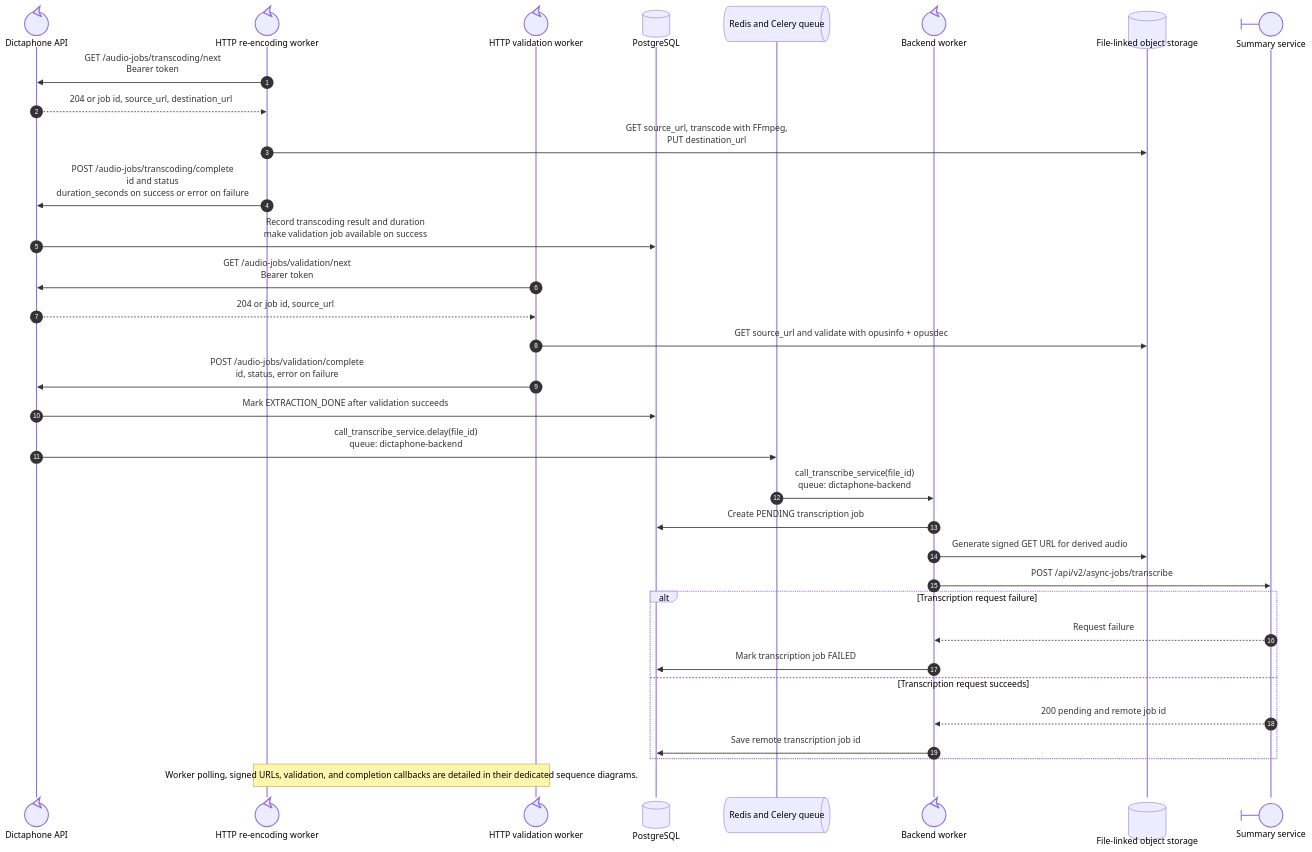
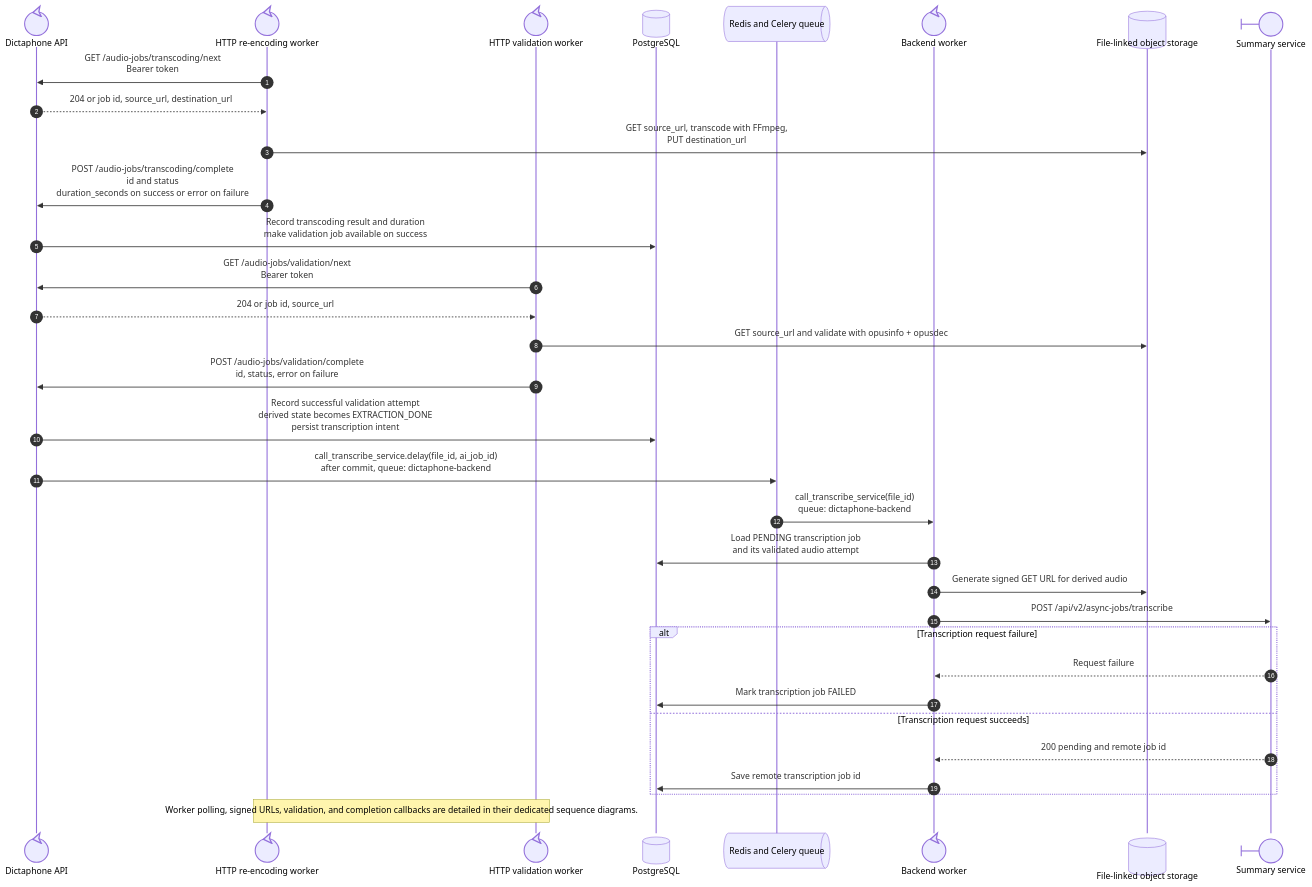
The diagram in docs/diagrams/file-processing-sequence.mmd (suitenumerique/dictaphone), drawn with Mermaid before and after one commit. The commit also changed 31 other files, not shown here.

```diff
--- a/docs/diagrams/file-processing-sequence.mmd
+++ b/docs/diagrams/file-processing-sequence.mmd
@@ -1,36 +1,36 @@
 sequenceDiagram
     autonumber
     participant API@{ "type": "control" } as Dictaphone API
     participant Reencoder@{ "type": "control" } as HTTP re-encoding worker
     participant Validator@{ "type": "control" } as HTTP validation worker
     participant DB@{ "type": "database" } as PostgreSQL
     participant Queue@{ "type": "queue" } as Redis and Celery queue
     participant Backend@{ "type": "control" } as Backend worker
     participant FileStore@{ "type": "database" } as File-linked object storage
     participant Summary@{ "type": "boundary" } as Summary service
 
     Reencoder->>API: GET /audio-jobs/transcoding/next<br/>Bearer token
     API-->>Reencoder: 204 or job id, source_url, destination_url
     Reencoder->>FileStore: GET source_url, transcode with FFmpeg,<br/>PUT destination_url
     Reencoder->>API: POST /audio-jobs/transcoding/complete<br/>id and status<br/>duration_seconds on success or error on failure
     API->>DB: Record transcoding result and duration<br/>make validation job available on success
     Validator->>API: GET /audio-jobs/validation/next<br/>Bearer token
     API-->>Validator: 204 or job id, source_url
     Validator->>FileStore: GET source_url and validate with opusinfo + opusdec
     Validator->>API: POST /audio-jobs/validation/complete<br/>id, status, error on failure
-    API->>DB: Mark EXTRACTION_DONE after validation succeeds
-    API->>Queue: call_transcribe_service.delay(file_id)<br/>queue: dictaphone-backend
+    API->>DB: Record successful validation attempt<br/>derived state becomes EXTRACTION_DONE<br/>persist transcription intent
+    API->>Queue: call_transcribe_service.delay(file_id, ai_job_id)<br/>after commit, queue: dictaphone-backend
     Queue->>Backend: call_transcribe_service(file_id)<br/>queue: dictaphone-backend
-    Backend->>DB: Create PENDING transcription job
+    Backend->>DB: Load PENDING transcription job<br/>and its validated audio attempt
     Backend->>FileStore: Generate signed GET URL for derived audio
     Backend->>Summary: POST /api/v2/async-jobs/transcribe
 
     alt Transcription request failure
         Summary-->>Backend: Request failure
         Backend->>DB: Mark transcription job FAILED
     else Transcription request succeeds
         Summary-->>Backend: 200 pending and remote job id
         Backend->>DB: Save remote transcription job id
     end
 
     Note over Reencoder,Validator: Worker polling, signed URLs, validation, and completion callbacks are detailed in their dedicated sequence diagrams.
```
